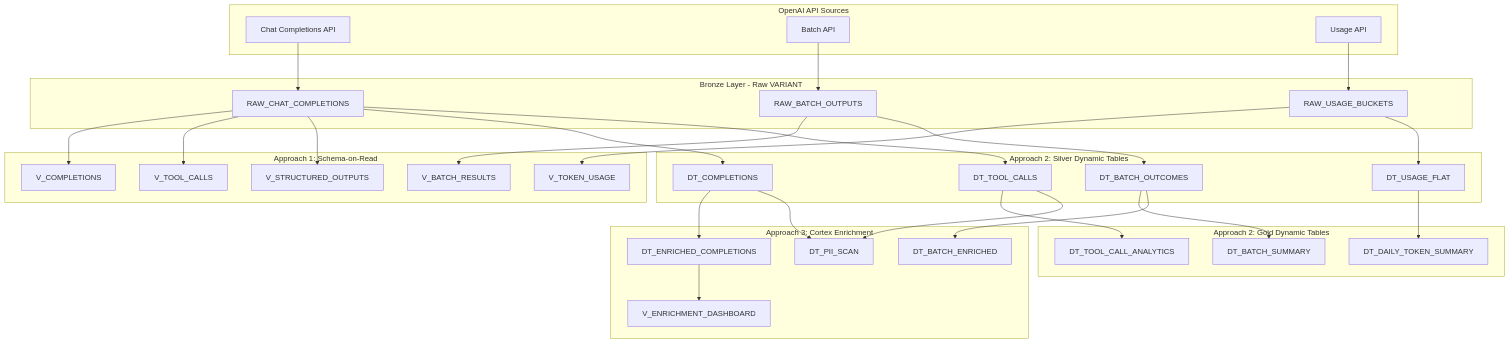
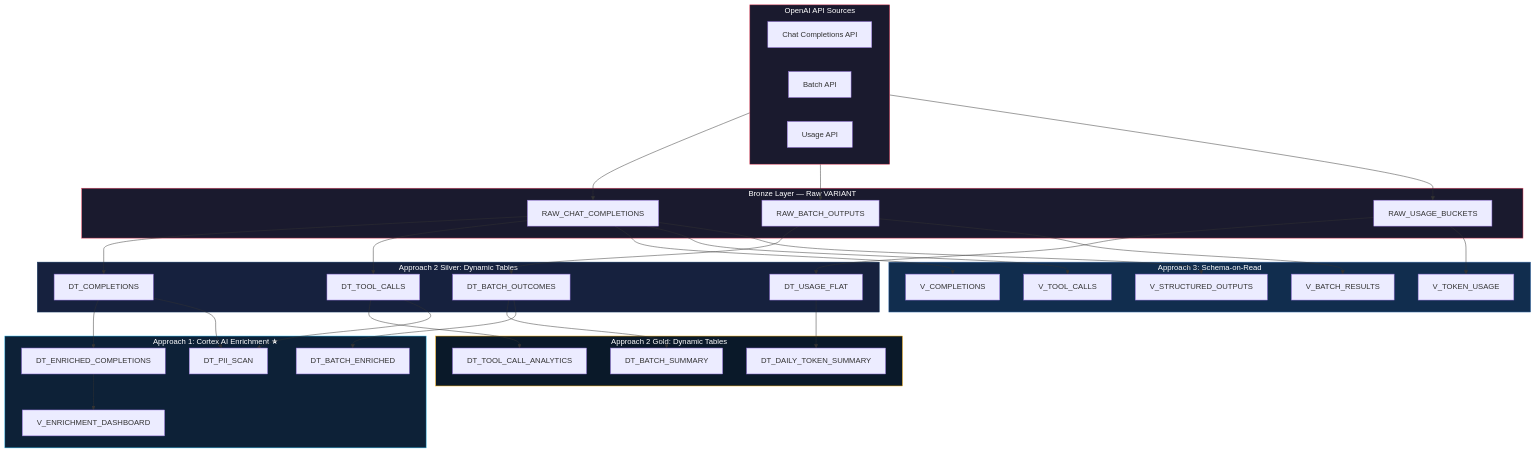
The diagram in diagrams/data-flow.md (sfc-gh-miwhitaker/openai-data-engineering), drawn with Mermaid before and after one commit. The commit also changed other lines of this file and 4 other files, not shown here.

First line of the commit message:
Update README and data-flow diagram for OpenAI data engineering

````diff
--- a/diagrams/data-flow.md
+++ b/diagrams/data-flow.md
@@ -3,67 +20,75 @@
 ```mermaid
 flowchart TB
-    subgraph sources [OpenAI API Sources]
-        ChatAPI["Chat Completions API"]
-        BatchAPI["Batch API"]
-        UsageAPI["Usage API"]
+    subgraph sources ["OpenAI API Sources"]
+        direction LR
+        CHAT_API["Chat Completions API"]
+        BATCH_API["Batch API"]
+        USAGE_API["Usage API"]
     end
 
-    subgraph bronze [Bronze Layer - Raw VARIANT]
+    subgraph bronze ["Bronze Layer — Raw VARIANT"]
         RAW_CC["RAW_CHAT_COMPLETIONS"]
         RAW_BO["RAW_BATCH_OUTPUTS"]
         RAW_UB["RAW_USAGE_BUCKETS"]
     end
 
-    ChatAPI --> RAW_CC
-    BatchAPI --> RAW_BO
-    UsageAPI --> RAW_UB
+    CHAT_API --> RAW_CC
+    BATCH_API --> RAW_BO
+    USAGE_API --> RAW_UB
 
-    subgraph approach1 [Approach 1: Schema-on-Read]
+    subgraph approach1 ["Approach 1: Cortex AI Enrichment ★"]
+        DT_ENRICH["DT_ENRICHED_COMPLETIONS"]
+        DT_BENRICH["DT_BATCH_ENRICHED"]
+        DT_PII["DT_PII_SCAN"]
+        V_DASH["V_ENRICHMENT_DASHBOARD"]
+    end
+
+    subgraph approach2_silver ["Approach 2 Silver: Dynamic Tables"]
+        DT_COMP["DT_COMPLETIONS"]
+        DT_TOOL["DT_TOOL_CALLS"]
+        DT_BOUT["DT_BATCH_OUTCOMES"]
+        DT_UFLAT["DT_USAGE_FLAT"]
+    end
+
+    subgraph approach2_gold ["Approach 2 Gold: Dynamic Tables"]
+        DT_DAILY["DT_DAILY_TOKEN_SUMMARY"]
+        DT_TCA["DT_TOOL_CALL_ANALYTICS"]
+        DT_BSUM["DT_BATCH_SUMMARY"]
+    end
+
+    subgraph approach3 ["Approach 3: Schema-on-Read"]
         V_COMP["V_COMPLETIONS"]
         V_TOOL["V_TOOL_CALLS"]
         V_STRUCT["V_STRUCTURED_OUTPUTS"]
         V_BATCH["V_BATCH_RESULTS"]
         V_USAGE["V_TOKEN_USAGE"]
     end
 
+    RAW_CC --> DT_COMP
+    RAW_CC --> DT_TOOL
+    RAW_BO --> DT_BOUT
+    RAW_UB --> DT_UFLAT
+
+    DT_UFLAT --> DT_DAILY
+    DT_TOOL --> DT_TCA
+    DT_BOUT --> DT_BSUM
+
+    DT_COMP --> DT_ENRICH
+    DT_BOUT --> DT_BENRICH
+    DT_COMP --> DT_PII
+    DT_TOOL --> DT_PII
+    DT_ENRICH --> V_DASH
+
     RAW_CC --> V_COMP
     RAW_CC --> V_TOOL
     RAW_CC --> V_STRUCT
     RAW_BO --> V_BATCH
     RAW_UB --> V_USAGE
 
-    subgraph approach2_silver [Approach 2: Silver Dynamic Tables]
-        DT_COMP["DT_COMPLETIONS"]
-        DT_TOOL["DT_TOOL_CALLS"]
-        DT_BOUT["DT_BATCH_OUTCOMES"]
-        DT_UFLAT["DT_USAGE_FLAT"]
-    end
-
-    RAW_CC --> DT_COMP
-    RAW_CC --> DT_TOOL
-    RAW_BO --> DT_BOUT
-    RAW_UB --> DT_UFLAT
-
-    subgraph approach2_gold [Approach 2: Gold Dynamic Tables]
-        DT_DAILY["DT_DAILY_TOKEN_SUMMARY"]
-        DT_TCA["DT_TOOL_CALL_ANALYTICS"]
-        DT_BSUM["DT_BATCH_SUMMARY"]
-    end
-
-    DT_UFLAT --> DT_DAILY
-    DT_TOOL --> DT_TCA
-    DT_BOUT --> DT_BSUM
-
-    subgraph approach3 [Approach 3: Cortex Enrichment]
-        DT_ENRICH["DT_ENRICHED_COMPLETIONS"]
-        DT_BENRICH["DT_BATCH_ENRICHED"]
-        DT_PII["DT_PII_SCAN"]
-        V_DASH["V_ENRICHMENT_DASHBOARD"]
-    end
-
-    DT_COMP --> DT_ENRICH
-    DT_BOUT --> DT_BENRICH
-    DT_COMP --> DT_PII
-    DT_TOOL --> DT_PII
-    DT_ENRICH --> V_DASH
+    style sources fill:#1a1a2e,color:#fff,stroke:#e94560
+    style bronze fill:#1a1a2e,color:#fff,stroke:#e94560
+    style approach1 fill:#0d2137,color:#fff,stroke:#29B5E8
+    style approach2_silver fill:#16213e,color:#fff,stroke:#0f3460
+    style approach2_gold fill:#0a1929,color:#fff,stroke:#f0a500
+    style approach3 fill:#112d4e,color:#fff,stroke:#3f72af
 ```
````
